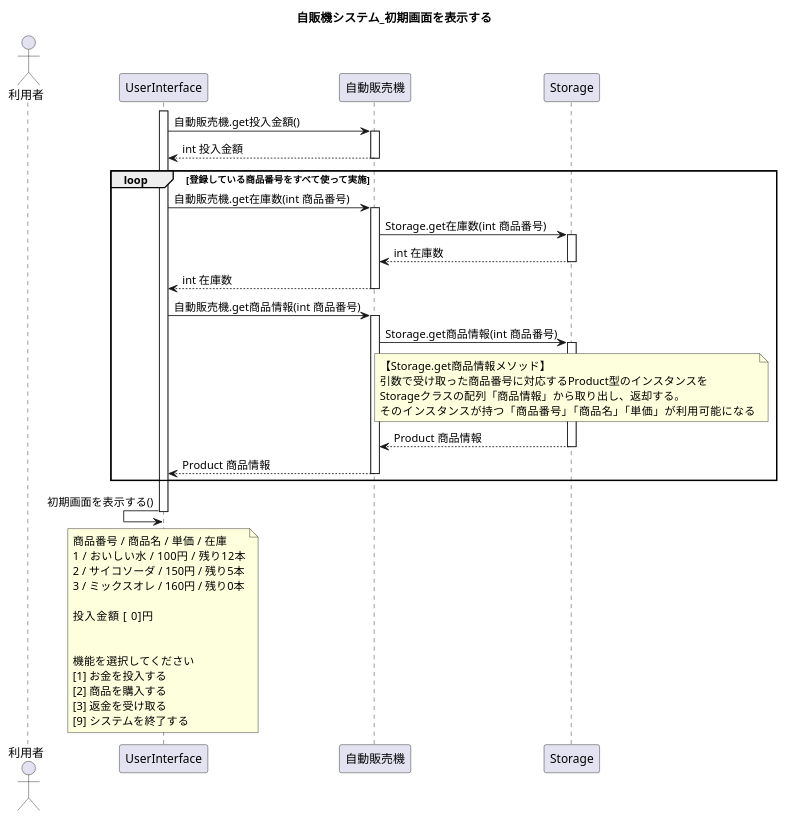
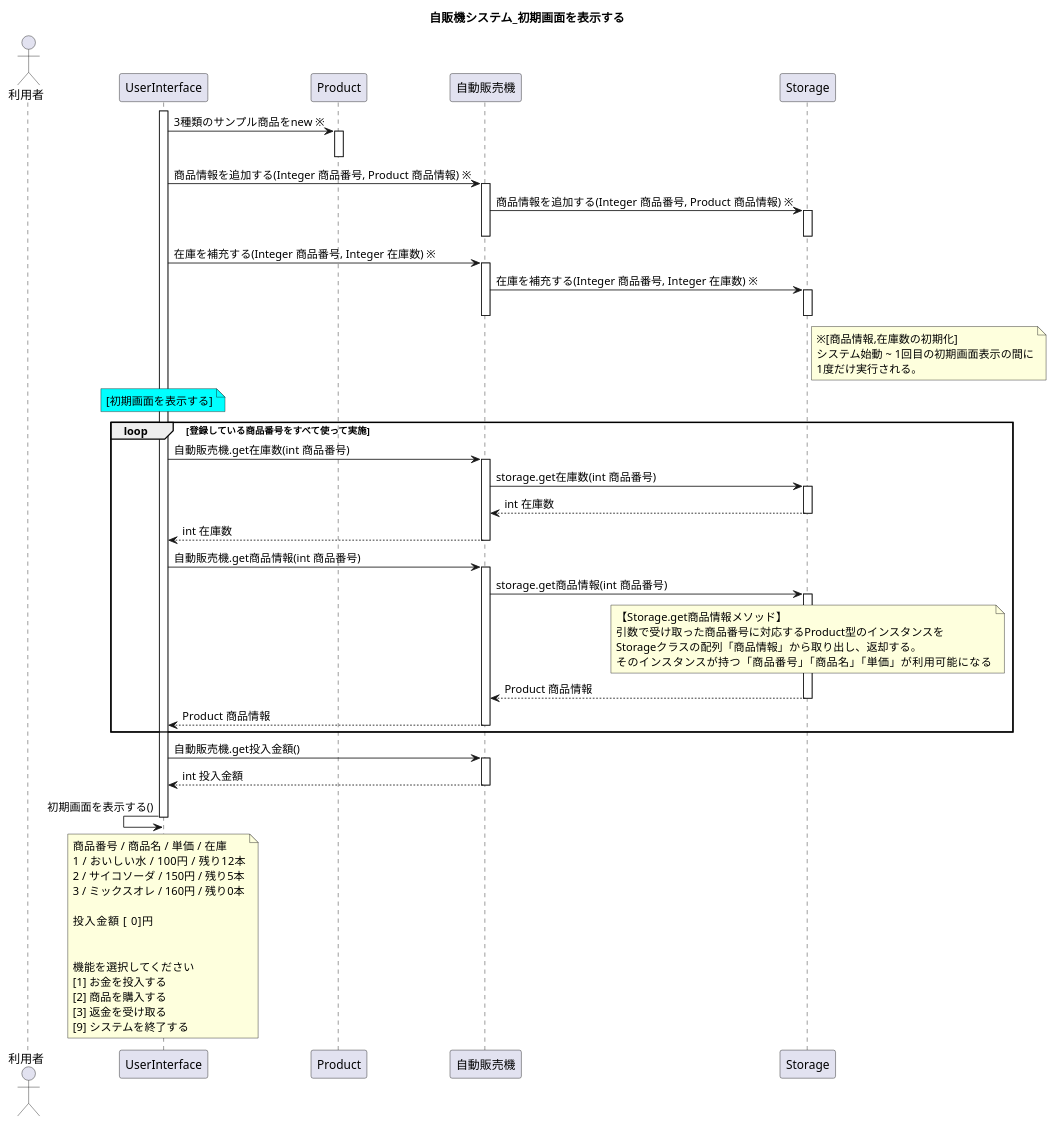
The diagram in UML_class_sequence/VendingMachine_sequenceInit.puml (W-Nakayama-24/VendingMachine_CUI), drawn with PlantUML before and after one commit. The commit also changed 7 other files, not shown here.

First line of the commit message:
FIX classDesign, sequenceDesign

```diff
--- a/UML_class_sequence/VendingMachine_sequenceInit.puml
+++ b/UML_class_sequence/VendingMachine_sequenceInit.puml
@@ -1,63 +1,89 @@
 @startuml
 title 自販機システム_初期画面を表示する
 
 actor 利用者
 activate UserInterface
-UserInterface -> 自動販売機 : 自動販売機.get投入金額()
+UserInterface -> Product : 3種類のサンプル商品をnew ※
+activate Product
+deactivate Product
+UserInterface -> 自動販売機 : 商品情報を追加する(Integer 商品番号, Product 商品情報) ※
 activate 自動販売機
-UserInterface <-- 自動販売機 : int 投入金額
+自動販売機 -> Storage : 商品情報を追加する(Integer 商品番号, Product 商品情報) ※
+activate Storage
+deactivate Storage
 deactivate 自動販売機
 
+UserInterface -> 自動販売機 : 在庫を補充する(Integer 商品番号, Integer 在庫数) ※
+activate 自動販売機
+自動販売機 -> Storage : 在庫を補充する(Integer 商品番号, Integer 在庫数) ※
+activate Storage
+deactivate Storage
+deactivate 自動販売機
+
+note right of Storage
+※[商品情報,在庫数の初期化]
+システム始動 ~ 1回目の初期画面表示の間に
+1度だけ実行される。
+end note
+
+note over UserInterface #Cyan
+[初期画面を表示する]
+end note 
 loop 登録している商品番号をすべて使って実施
 UserInterface -> 自動販売機 : 自動販売機.get在庫数(int 商品番号)
 activate 自動販売機
-自動販売機 -> Storage : Storage.get在庫数(int 商品番号)
+自動販売機 -> Storage : storage.get在庫数(int 商品番号)
 activate Storage
 自動販売機 <-- Storage : int 在庫数
 deactivate Storage
 UserInterface <-- 自動販売機 : int 在庫数
 deactivate 自動販売機
 
 UserInterface -> 自動販売機 : 自動販売機.get商品情報(int 商品番号)
 activate 自動販売機
-自動販売機 -> Storage : Storage.get商品情報(int 商品番号)
+自動販売機 -> Storage : storage.get商品情報(int 商品番号)
 activate Storage
 
 note over Storage
 【Storage.get商品情報メソッド】
 引数で受け取った商品番号に対応するProduct型のインスタンスを
 Storageクラスの配列「商品情報」から取り出し、返却する。
 そのインスタンスが持つ「商品番号」「商品名」「単価」が利用可能になる
 end note
 
 
 自動販売機 <-- Storage : Product 商品情報
 deactivate Storage
 UserInterface <-- 自動販売機 : Product 商品情報
 deactivate 自動販売機
 
 ' UserInterface -> Product : get商品番号(), get商品名(), get単価()
 ' activate Product
 ' UserInterface <-- Product : int 商品番号, String 商品名, int 単価
 ' deactivate Product 
 
 end
 
+UserInterface -> 自動販売機 : 自動販売機.get投入金額()
+activate 自動販売機
+UserInterface <-- 自動販売機 : int 投入金額
+deactivate 自動販売機
+
 UserInterface <- UserInterface : 初期画面を表示する()
 note over UserInterface
 商品番号 / 商品名 / 単価  / 在庫
 1 / おいしい水   / 100円 / 残り12本
 2 / サイコソーダ / 150円 / 残り5本
 3 / ミックスオレ / 160円 / 残り0本
 
 投入金額 [   0]円
 
 
 機能を選択してください
 [1] お金を投入する
 [2] 商品を購入する
 [3] 返金を受け取る
 [9] システムを終了する
 end note
 deactivate UserInterface
 @enduml
```
